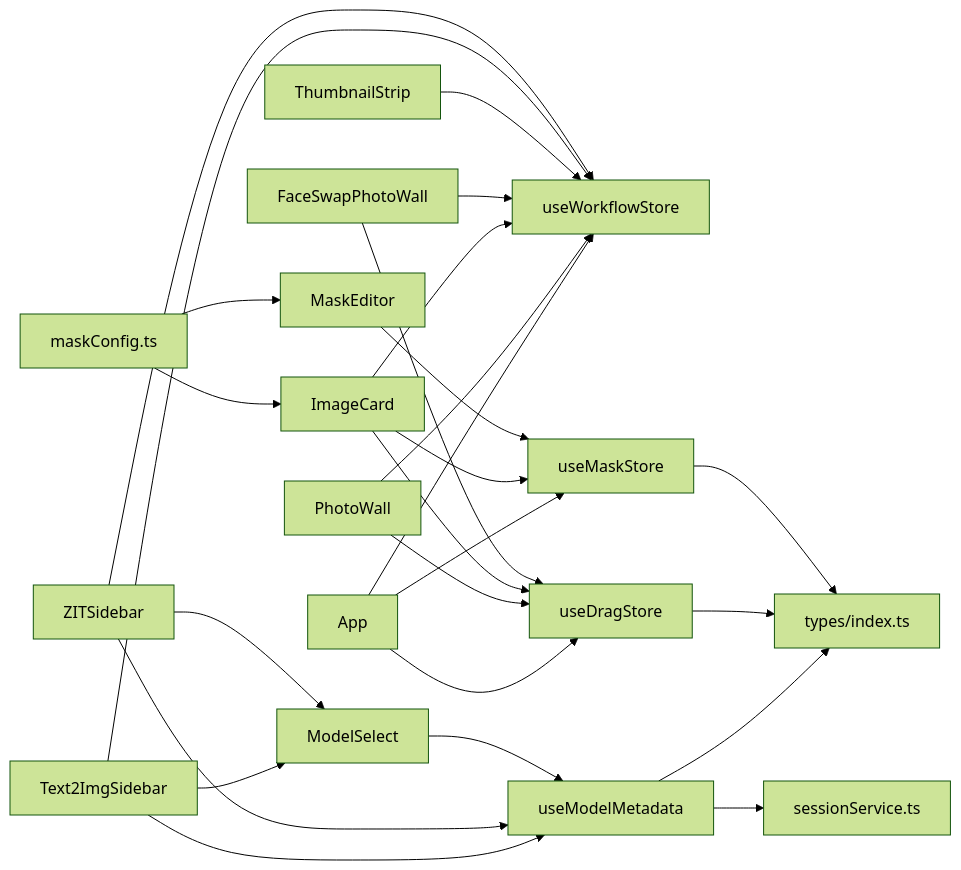
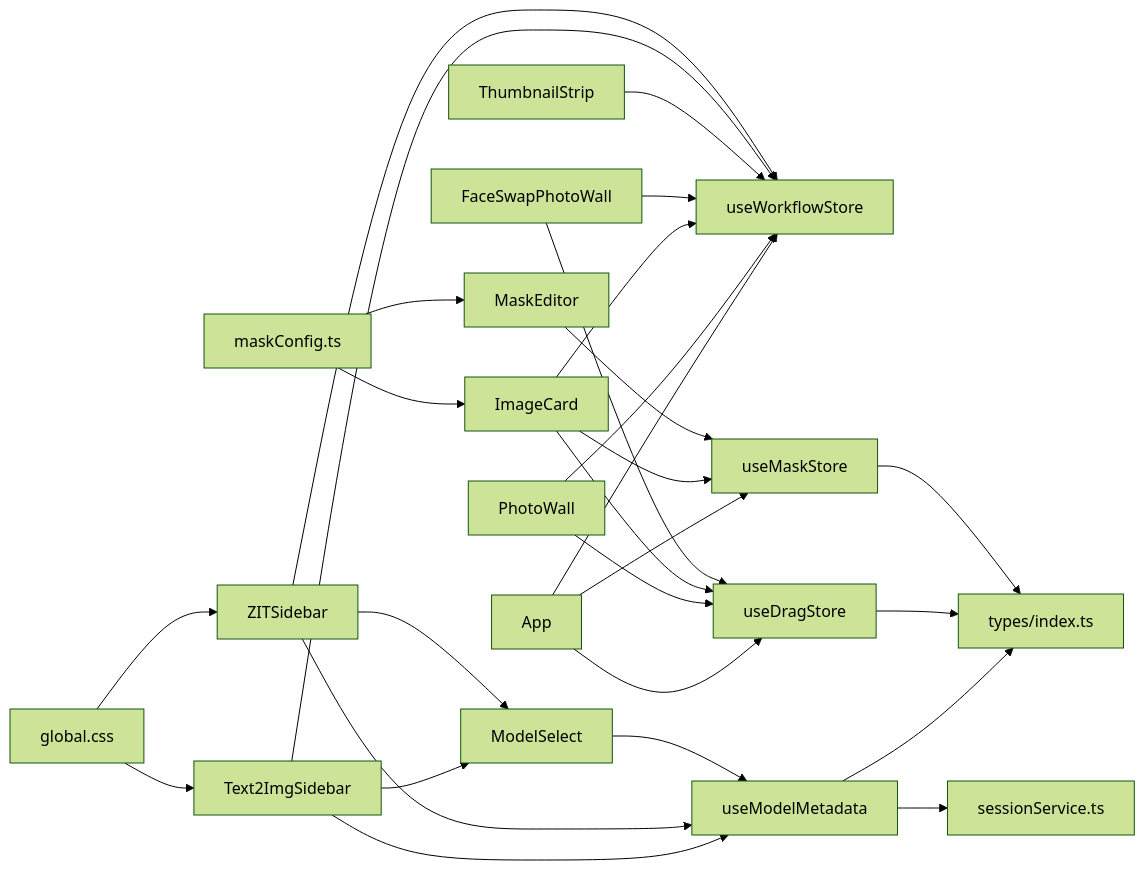
The tenth of 10 diagrams in .qoder/repowiki/zh/content/前端应用/React 组件体系.md (billye220670/CorineKit_Pix2Real), drawn with Mermaid (forest theme) before and after one commit. The commit also changed other lines of this file and 10 other files, not shown here.

Commit message:
feat: LoRA触发词右键上下文菜单与未使用检测 - 新增PromptContextMenu多层级右键菜单组件 - 移除侧边栏LoRA触发词文本显示，改为未使用时黄色警告图标 - 提示词输入框右键弹出菜单，支持插入LoRA触发词和标签分类数据 - Text2ImgSidebar和ZITSidebar同步更新

````diff
--- a/.qoder/repowiki/zh/content/前端应用/React 组件体系.md
+++ b/.qoder/repowiki/zh/content/前端应用/React 组件体系.md
@@ -478,28 +497,30 @@
 ```mermaid
 graph LR
 APP["App"] --> WFS["useWorkflowStore"]
 APP --> DRAG["useDragStore"]
 APP --> MASK["useMaskStore"]
 PW["PhotoWall"] --> WFS
 PW --> DRAG
 IC["ImageCard"] --> WFS
 IC --> DRAG
 IC --> MASK
 FSPW["FaceSwapPhotoWall"] --> WFS
 FSPW --> DRAG
 TS["ThumbnailStrip"] --> WFS
 ME["MaskEditor"] --> MASK
 T2IS["Text2ImgSidebar"] --> WFS
 T2IS --> MM["useModelMetadata"]
 T2IS --> MS["ModelSelect"]
 ZITS["ZITSidebar"] --> WFS
 ZITS --> MM
 ZITS --> MS
 MS --> MM
 MM --> TYPES["types/index.ts"]
 MM --> SS["sessionService.ts"]
 DRAG --> TYPES
 MASK --> TYPES
 CONFIG["maskConfig.ts"] --> IC
 CONFIG --> ME
+GC["global.css"] --> T2IS
+GC --> ZITS
 ```
````
